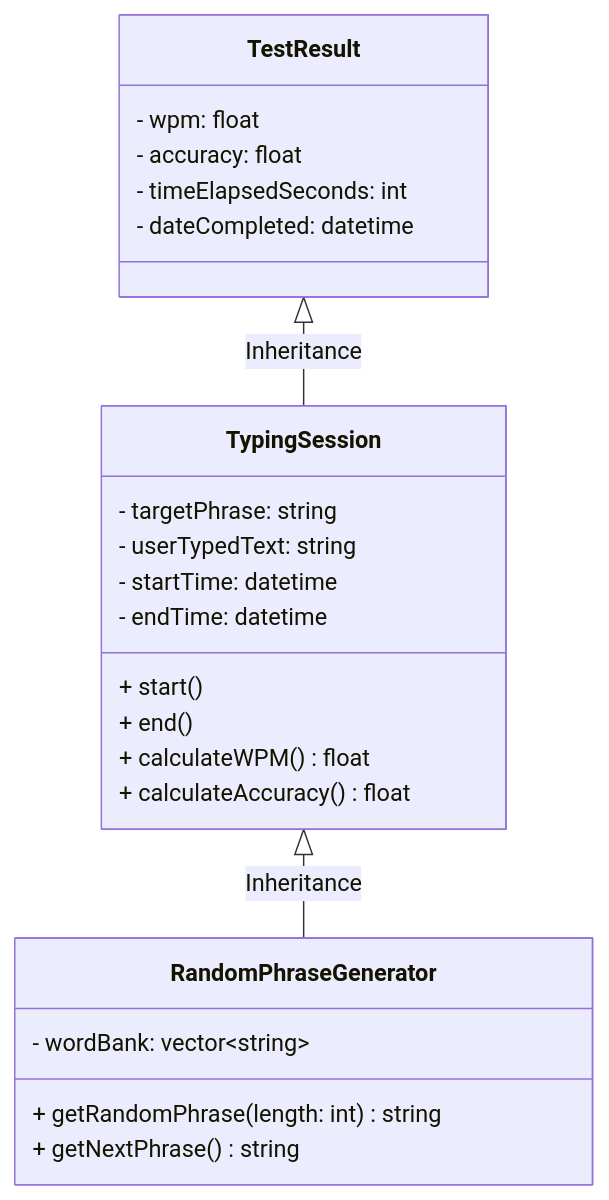
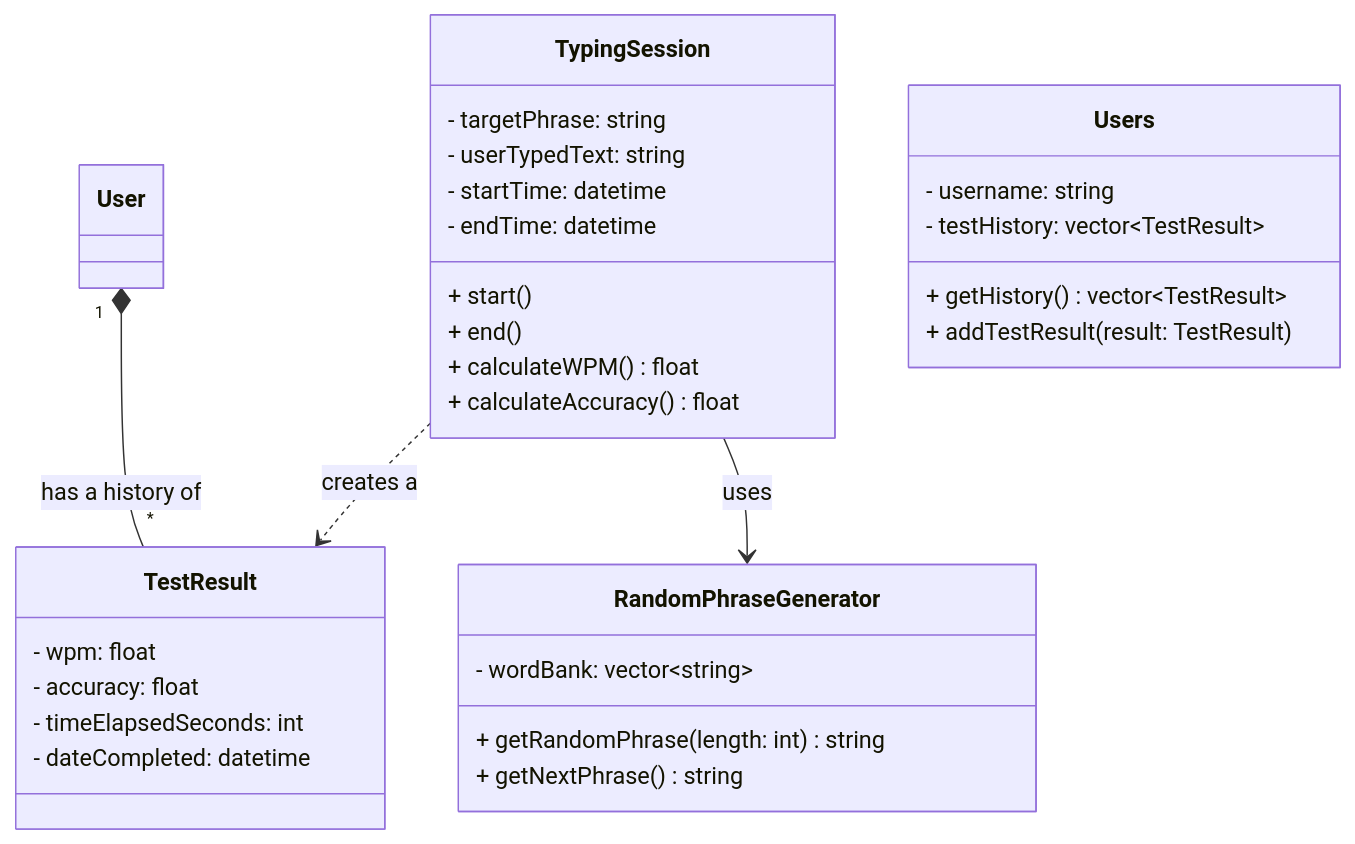
The diagram in README.md (IJNJJJCG/tippitytappity-design), drawn with Mermaid before and after one commit.

Commit message:
Update class diagram in README.md

````diff
--- a/README.md
+++ b/README.md
@@ -8,27 +8,34 @@
 ```mermaid
 classDiagram
 Testing your accuracy and speed
-TestResult <|-- TypingSession : Inheritance
-TypingSession <|-- RandomPhraseGenerator : Inheritance
+User "1" *-- "*" TestResult : has a history of
+TypingSession ..> TestResult : creates a
+TypingSession --> RandomPhraseGenerator : uses
+  class Users{
+        - username: string
+        - testHistory: vector~TestResult~
+        + getHistory() vector~TestResult~
+        + addTestResult(result: TestResult)
+  }
   class TestResult{
         - wpm: float
         - accuracy: float
         - timeElapsedSeconds: int
         - dateCompleted: datetime
   }
   class TypingSession{
         - targetPhrase: string
         - userTypedText: string
         - startTime: datetime
         - endTime: datetime
         + start()
         + end()
         + calculateWPM() float
         + calculateAccuracy() float
   }
-  class RandomPhraseGenerator {
+  class RandomPhraseGenerator{
         - wordBank: vector~string~
         + getRandomPhrase(length: int) string
         + getNextPhrase() string
   }
 ```
````
